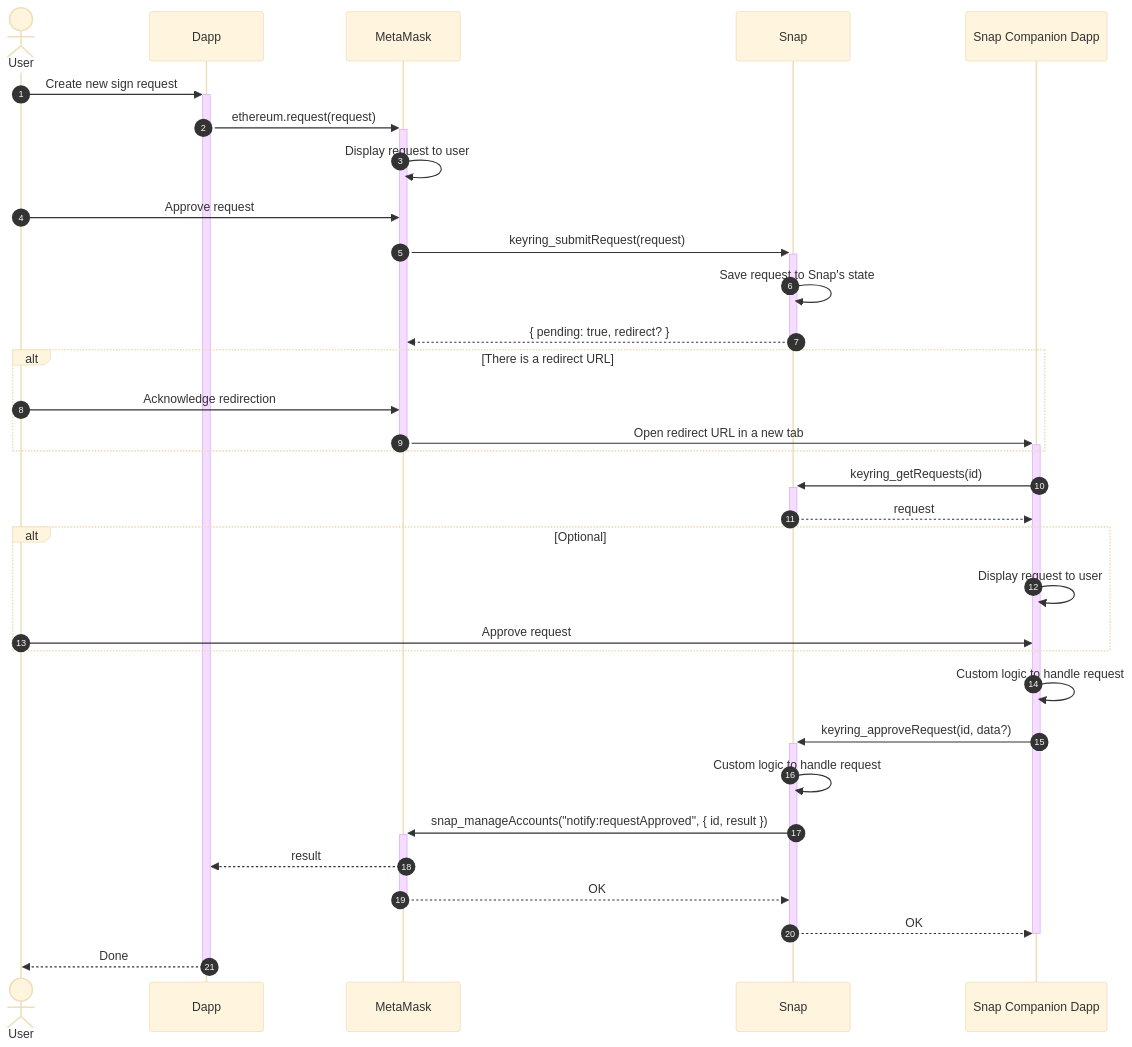
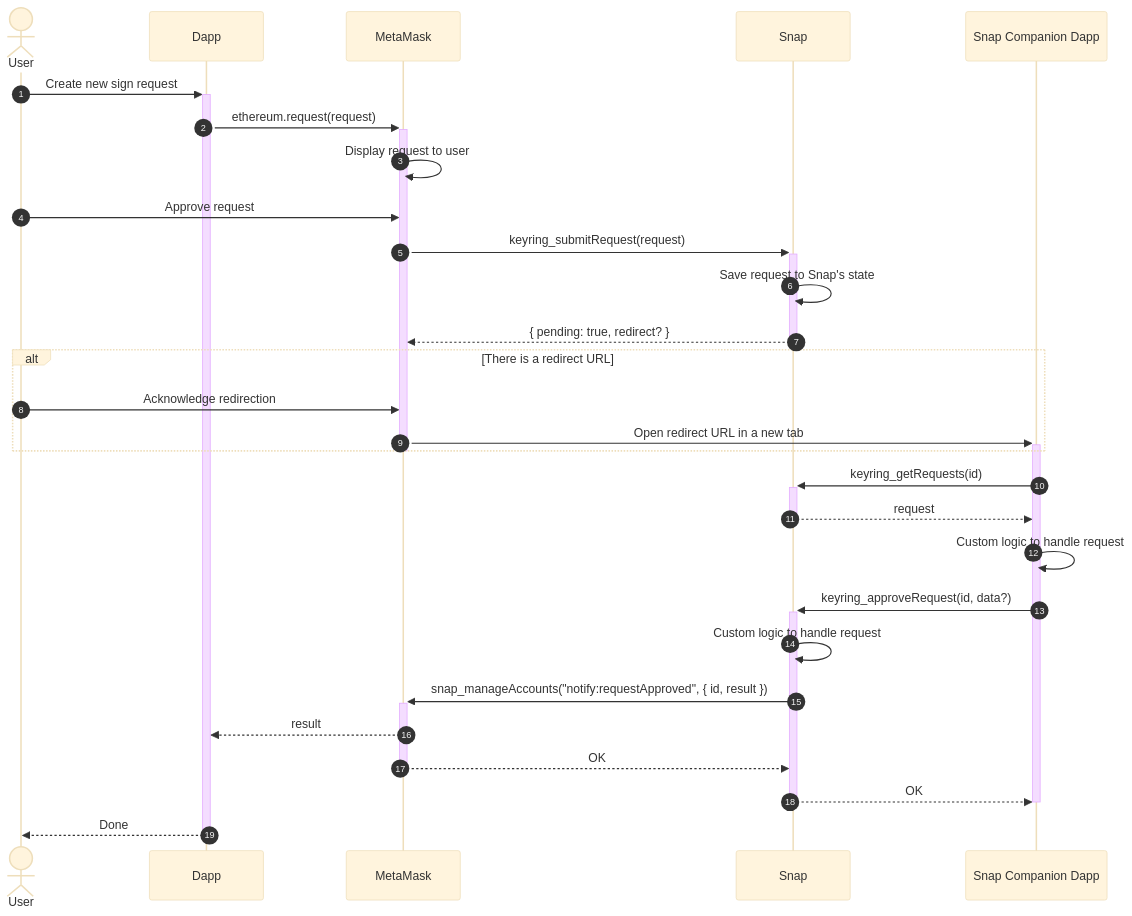
Before and after one commit to MetaMask/keyring-api: the fifth of 6 diagrams in docs/architecture.md, drawn with Mermaid (base theme).

Commit message:
docs: remove optional confirmation in async flow
It's already captured by the "Custom logic" below.

````diff
--- a/docs/architecture.md
+++ b/docs/architecture.md
@@ -141,44 +141,39 @@
   ```mermaid
   sequenceDiagram
   autonumber
 
   actor User
   participant Dapp
   participant MetaMask
   participant Snap
   participant Site as Snap Companion Dapp
 
   User ->>+ Dapp: Create new sign request
   Dapp ->>+ MetaMask: ethereum.request(request)
   MetaMask ->> MetaMask: Display request to user
   User ->> MetaMask: Approve request
 
   MetaMask ->>+ Snap: keyring_submitRequest(request)
   Snap ->> Snap: Save request to Snap's state
   Snap -->>- MetaMask: { pending: true, redirect? }
   alt There is a redirect URL
     User ->> MetaMask: Acknowledge redirection
     MetaMask ->>+ Site: Open redirect URL in a new tab
   end
   deactivate MetaMask
 
   Site ->>+ Snap: keyring_getRequests(id)
   Snap -->>- Site: request
 
-  alt Optional
-    Site ->> Site: Display request to user
-    User ->> Site: Approve request
-  end
-
   Site ->> Site: Custom logic to handle request
   Site ->>+ Snap: keyring_approveRequest(id, data?)
   Snap ->> Snap: Custom logic to handle request
   Snap ->>+ MetaMask: snap_manageAccounts("notify:requestApproved", { id, result })
 
   MetaMask -->> Dapp: result
   MetaMask -->>- Snap: OK
   Snap -->>- Site: OK
   deactivate Site
 
   Dapp -->>- User: Done
   ```
````
